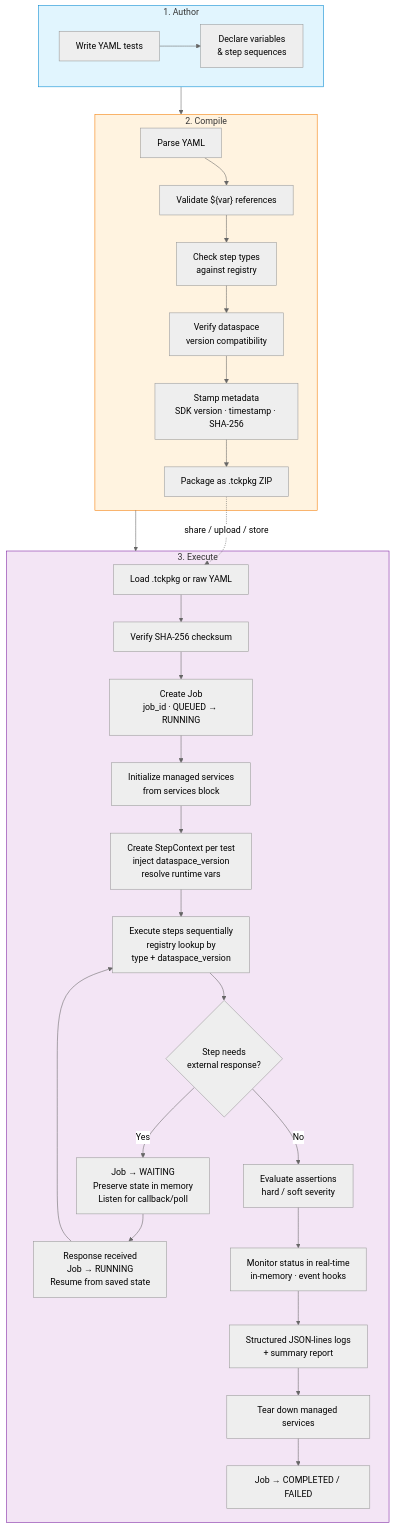
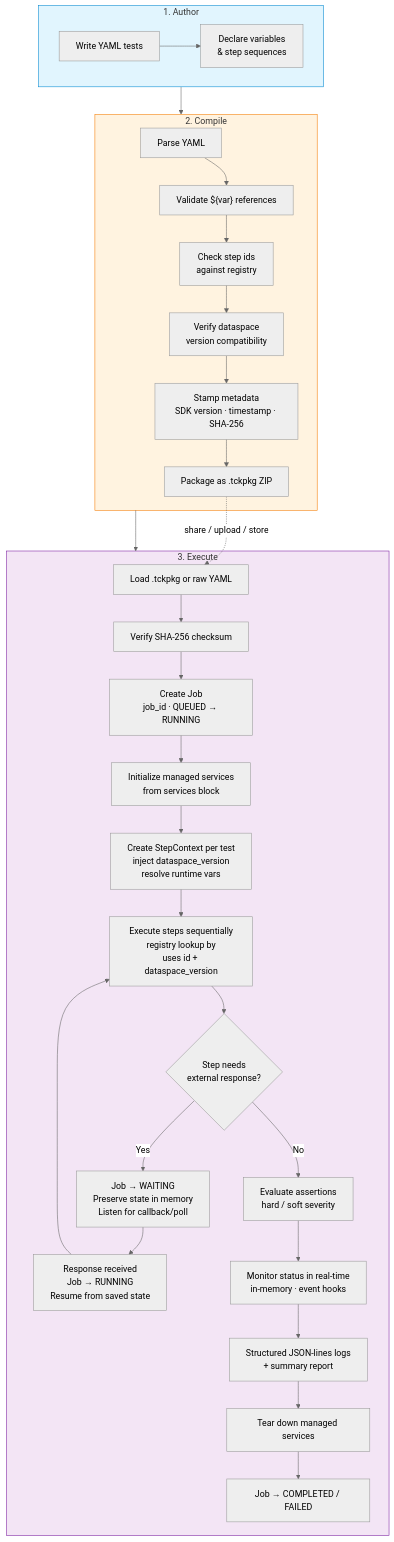
The second of 15 diagrams in docs/specification/specification/concepts.md (eclipse-tractusx/tractusx-testlab), drawn with Mermaid (neutral theme) before and after one commit. The commit also changed other lines of this file and 103 other files, not shown here.

````diff
--- a/docs/specification/specification/concepts.md
+++ b/docs/specification/specification/concepts.md
@@ -74,49 +74,49 @@
 ```mermaid
 flowchart TD
     subgraph Author ["1. Author"]
         A1[Write YAML tests]
         A2[Declare variables<br/>& step sequences]
         A1 --> A2
     end
 
     subgraph Compile ["2. Compile"]
         B1[Parse YAML]
         B2["Validate ${var} references"]
-        B3[Check step types<br/>against registry]
+        B3[Check step ids<br/>against registry]
         B4[Verify dataspace<br/>version compatibility]
         B5[Stamp metadata<br/>SDK version · timestamp · SHA-256]
         B6[Package as .tckpkg ZIP]
 
         B1 --> B2 --> B3 --> B4 --> B5 --> B6
     end
 
     subgraph Execute ["3. Execute"]
         C1[Load .tckpkg or raw YAML]
         C2[Verify SHA-256 checksum]
         C1b[Create Job<br/>job_id · QUEUED → RUNNING]
         C2b[Initialize managed services<br/>from services block]
         C3[Create StepContext per test<br/>inject dataspace_version<br/>resolve runtime vars]
-        C4[Execute steps sequentially<br/>registry lookup by<br/>type + dataspace_version]
+        C4[Execute steps sequentially<br/>registry lookup by<br/>uses id + dataspace_version]
         C4b{Step needs<br/>external response?}
         C4c[Job → WAITING<br/>Preserve state in memory<br/>Listen for callback/poll]
         C4d[Response received<br/>Job → RUNNING<br/>Resume from saved state]
         C5[Evaluate assertions<br/>hard / soft severity]
         C6[Monitor status in real-time<br/>in-memory · event hooks]
         C7[Structured JSON-lines logs<br/>+ summary report]
         C8[Tear down managed services]
         C9[Job → COMPLETED / FAILED]
 
         C1 --> C2 --> C1b --> C2b --> C3 --> C4
         C4 --> C4b
         C4b -->|Yes| C4c --> C4d --> C4
         C4b -->|No| C5 --> C6 --> C7 --> C8 --> C9
     end
 
     Author --> Compile --> Execute
 
     B6 -. "share / upload / store" .-> C1
 
     style Author fill:#e1f5fe,stroke:#0288d1
     style Compile fill:#fff3e0,stroke:#f57c00
     style Execute fill:#f3e5f5,stroke:#7b1fa2
 ```
````
